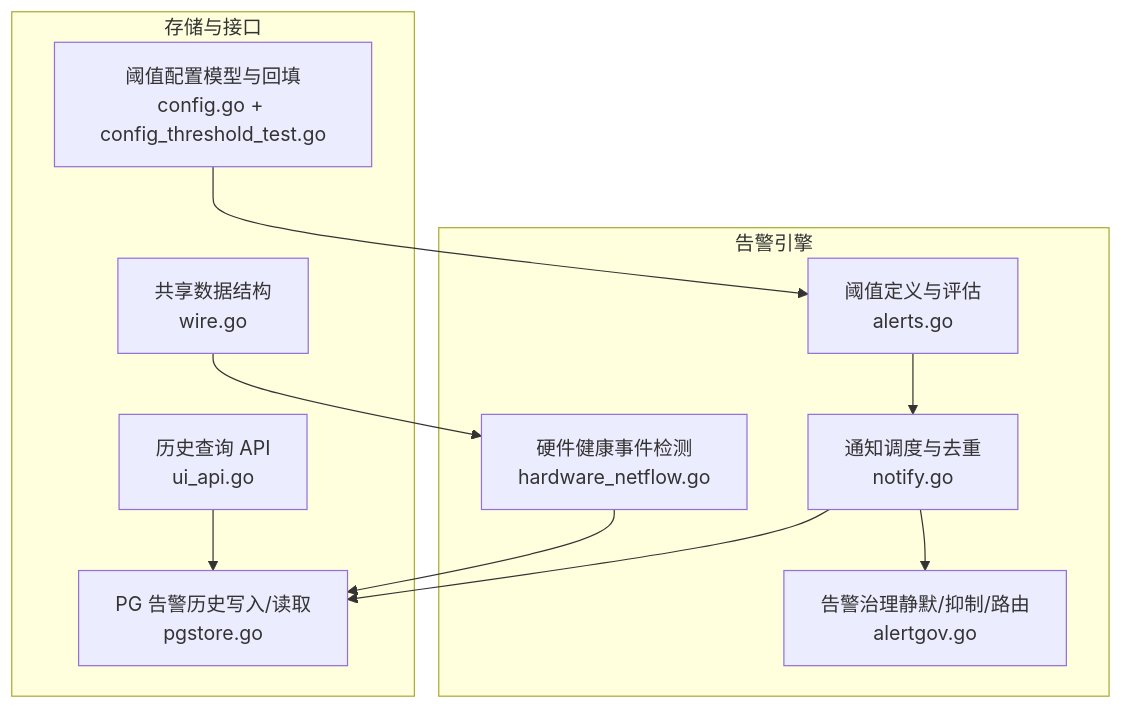
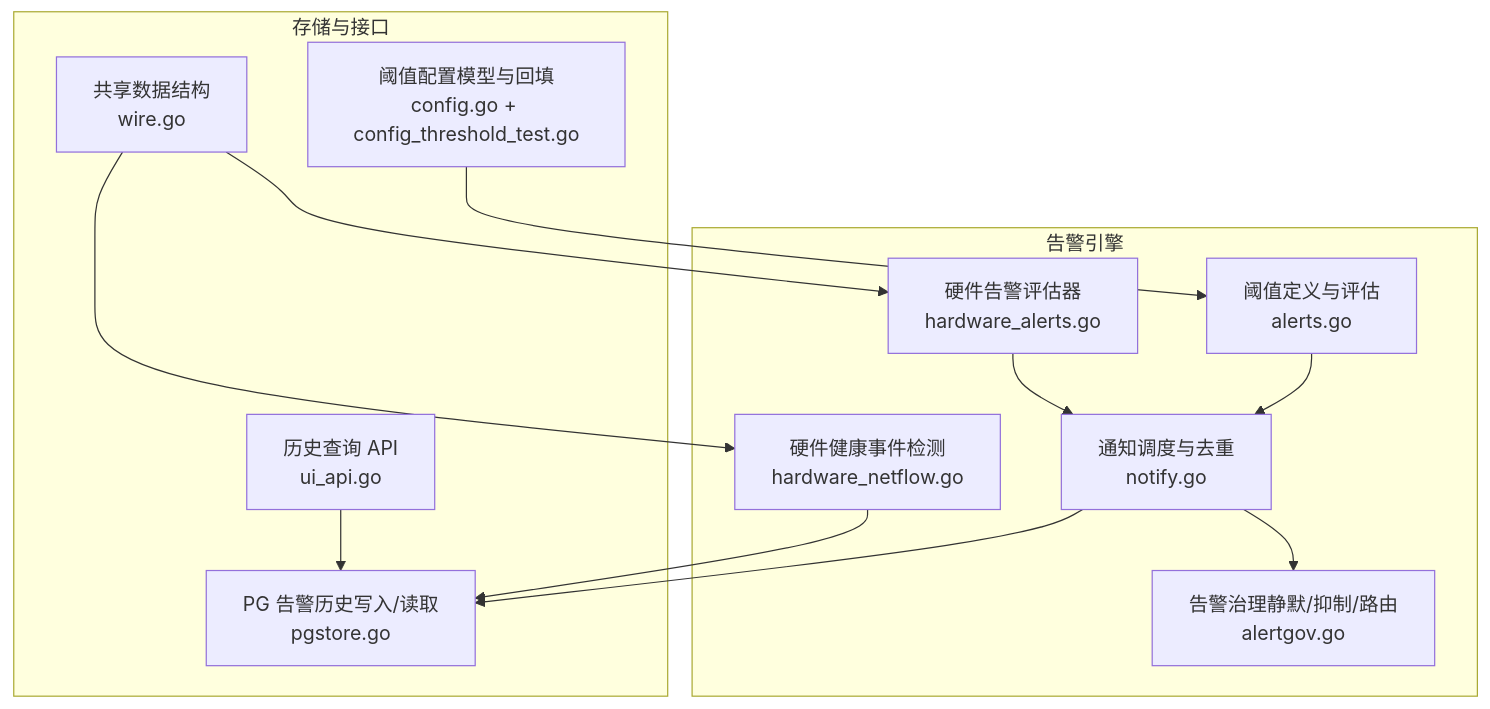
Before and after one commit to sreyun/aiops-monitor: the first of 8 diagrams in .qoder/repowiki/zh/content/核心功能/告警系统/告警系统.md, drawn with Mermaid. The commit also changed other lines of this file and 55 other files, not shown here.

````diff
--- a/.qoder/repowiki/zh/content/核心功能/告警系统/告警系统.md
+++ b/.qoder/repowiki/zh/content/核心功能/告警系统/告警系统.md
@@ -53,22 +55,25 @@
 ```mermaid
 graph TB
 subgraph "告警引擎"
 A["阈值定义与评估<br/>alerts.go"]
 B["通知调度与去重<br/>notify.go"]
 C["告警治理静默/抑制/路由<br/>alertgov.go"]
 D["硬件健康事件检测<br/>hardware_netflow.go"]
+E["硬件告警评估器<br/>hardware_alerts.go"]
 end
 subgraph "存储与接口"
-E["PG 告警历史写入/读取<br/>pgstore.go"]
-F["历史查询 API<br/>ui_api.go"]
-G["共享数据结构<br/>wire.go"]
-H["阈值配置模型与回填<br/>config.go + config_threshold_test.go"]
+F["PG 告警历史写入/读取<br/>pgstore.go"]
+G["历史查询 API<br/>ui_api.go"]
+H["共享数据结构<br/>wire.go"]
+I["阈值配置模型与回填<br/>config.go + config_threshold_test.go"]
 end
 A --> B
 B --> C
-B --> E
-D --> E
-F --> E
-G --> D
-H --> A
+B --> F
+D --> F
+E --> B
+G --> F
+H --> D
+H --> E
+I --> A
 ```
````
